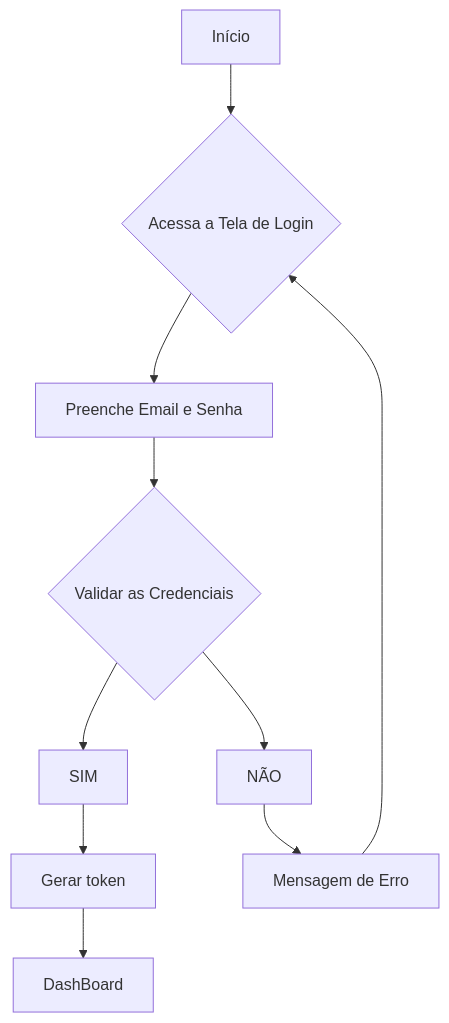
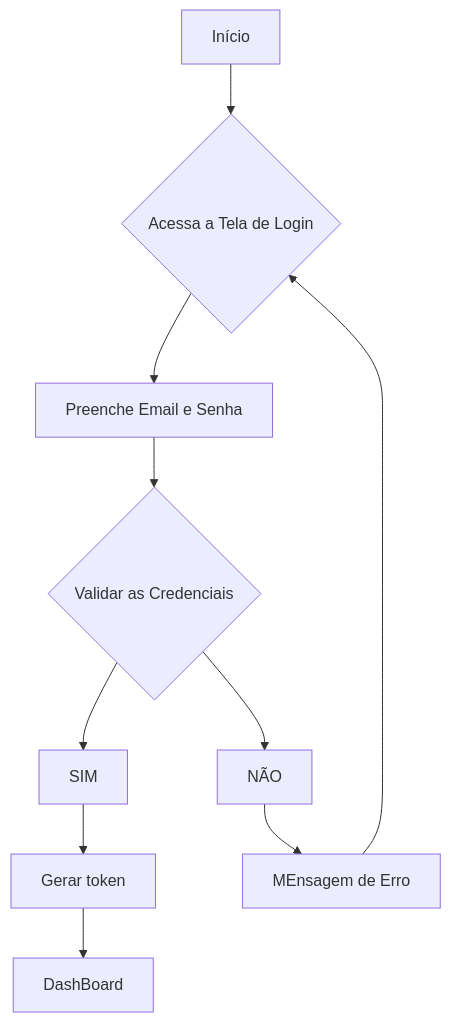
One commit to Senai4/CursoFronEndCastelloA changed the third of 3 diagrams in FrameWorks/Next/formativa-sgm/README.md. Above: the diagram before and after it, drawn with Mermaid. The commit also changed other lines of this file and 146 other files, not shown here.

````diff
--- a/FrameWorks/Next/formativa-sgm/README.md
+++ b/FrameWorks/Next/formativa-sgm/README.md
@@ -161,10 +159,10 @@
 ```mermaid
 
 graph TD
     A[Início] --> B{Acessa a Tela de Login}
     B --> C[Preenche Email e Senha]
     C --> D{Validar as Credenciais}
     D --> SIM --> E[Gerar token] --> F[DashBoard]
-    D --> NÃO --> G[Mensagem de Erro] --> B
+    D --> NÃO --> G[MEnsagem de Erro] --> B
 
 ```
````
